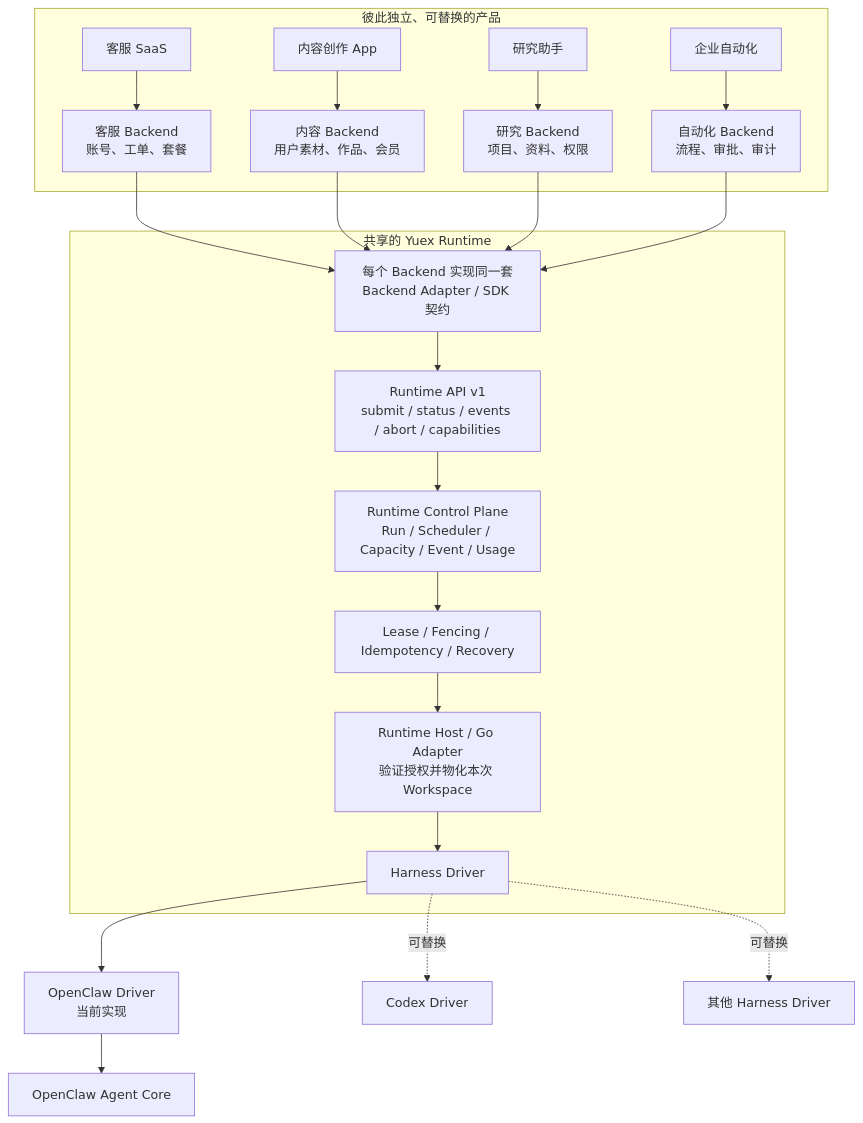
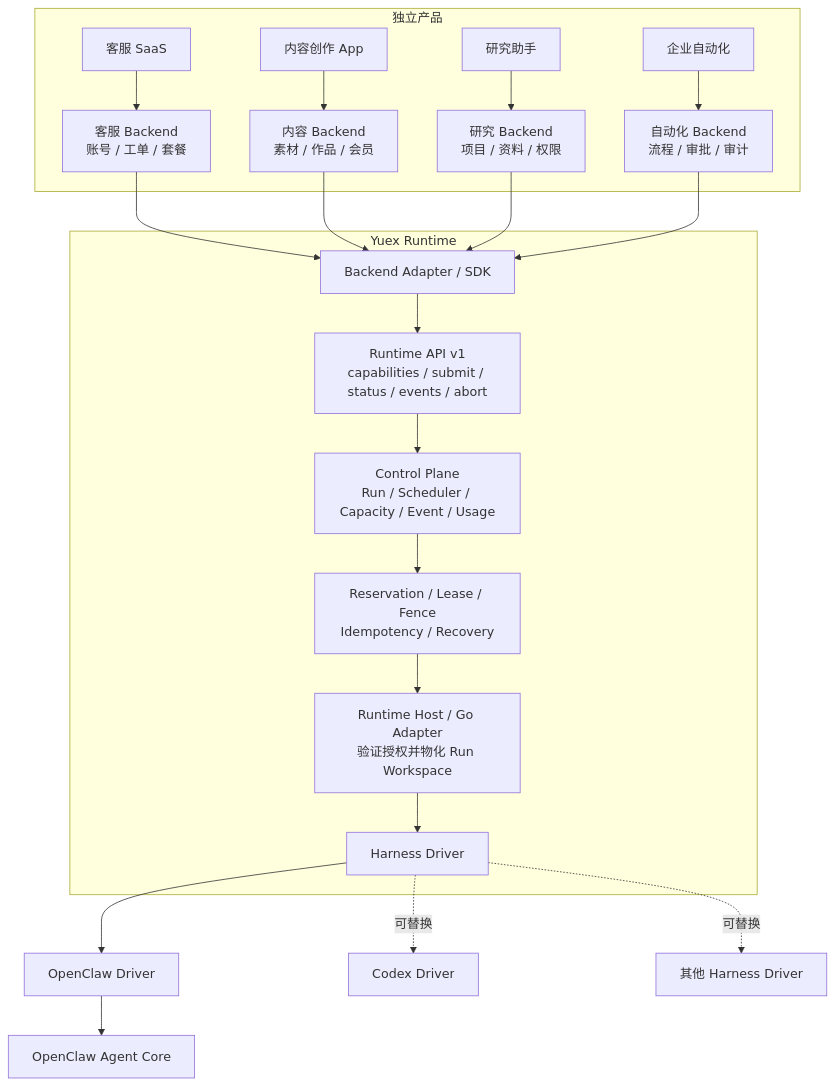
One commit to YMX899/Yuex changed the diagram in README.md. Above: the diagram before and after it, drawn with Mermaid. The commit also changed other lines of this file, not shown here.

````diff
--- a/README.md
+++ b/README.md
@@ -31,27 +29,27 @@
 ```mermaid
 flowchart TB
-    subgraph Products[彼此独立、可替换的产品]
-        P1[客服 SaaS] --> B1[客服 Backend<br/>账号、工单、套餐]
-        P2[内容创作 App] --> B2[内容 Backend<br/>用户素材、作品、会员]
-        P3[研究助手] --> B3[研究 Backend<br/>项目、资料、权限]
-        P4[企业自动化] --> B4[自动化 Backend<br/>流程、审批、审计]
+    subgraph Products[独立产品]
+        P1[客服 SaaS] --> B1[客服 Backend<br/>账号 / 工单 / 套餐]
+        P2[内容创作 App] --> B2[内容 Backend<br/>素材 / 作品 / 会员]
+        P3[研究助手] --> B3[研究 Backend<br/>项目 / 资料 / 权限]
+        P4[企业自动化] --> B4[自动化 Backend<br/>流程 / 审批 / 审计]
     end
 
-    B1 --> A[每个 Backend 实现同一套<br/>Backend Adapter / SDK 契约]
-    B2 --> A
-    B3 --> A
-    B4 --> A
+    B1 --> SDK[Backend Adapter / SDK]
+    B2 --> SDK
+    B3 --> SDK
+    B4 --> SDK
 
-    subgraph Yuex[共享的 Yuex Runtime]
-        A --> API[Runtime API v1<br/>submit / status / events / abort / capabilities]
-        API --> CP[Runtime Control Plane<br/>Run / Scheduler / Capacity / Event / Usage]
-        CP --> SAFE[Lease / Fencing / Idempotency / Recovery]
-        SAFE --> HOST[Runtime Host / Go Adapter<br/>验证授权并物化本次 Workspace]
+    subgraph Runtime[Yuex Runtime]
+        SDK --> API[Runtime API v1<br/>capabilities / submit / status / events / abort]
+        API --> CP[Control Plane<br/>Run / Scheduler / Capacity / Event / Usage]
+        CP --> SAFETY[Reservation / Lease / Fence<br/>Idempotency / Recovery]
+        SAFETY --> HOST[Runtime Host / Go Adapter<br/>验证授权并物化 Run Workspace]
         HOST --> DRIVER[Harness Driver]
     end
 
-    DRIVER --> OC[OpenClaw Driver<br/>当前实现]
+    DRIVER --> OC[OpenClaw Driver]
+    OC --> CORE[OpenClaw Agent Core]
     DRIVER -. 可替换 .-> CX[Codex Driver]
     DRIVER -. 可替换 .-> OTHER[其他 Harness Driver]
-    OC --> CORE[OpenClaw Agent Core]
 ```
````
